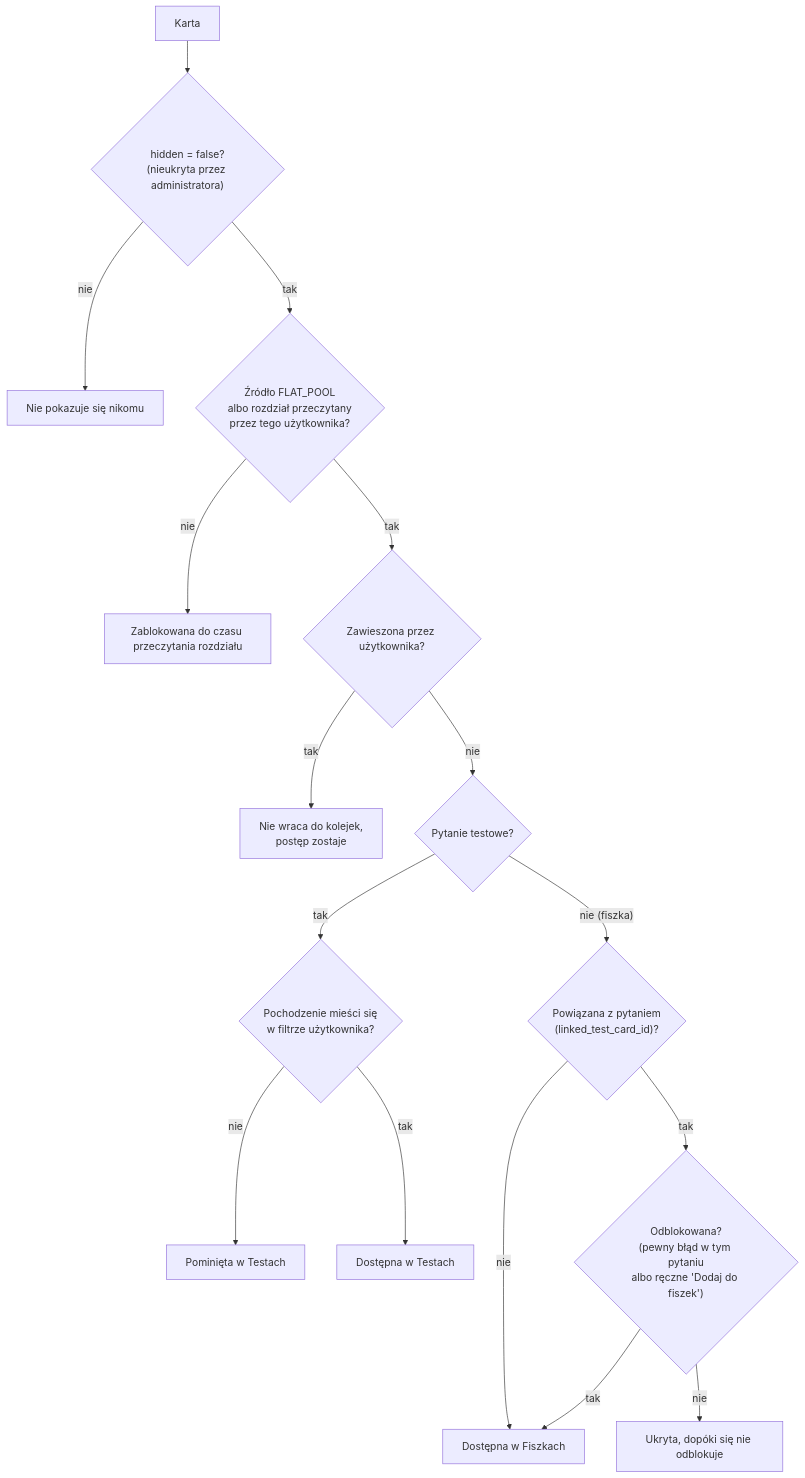
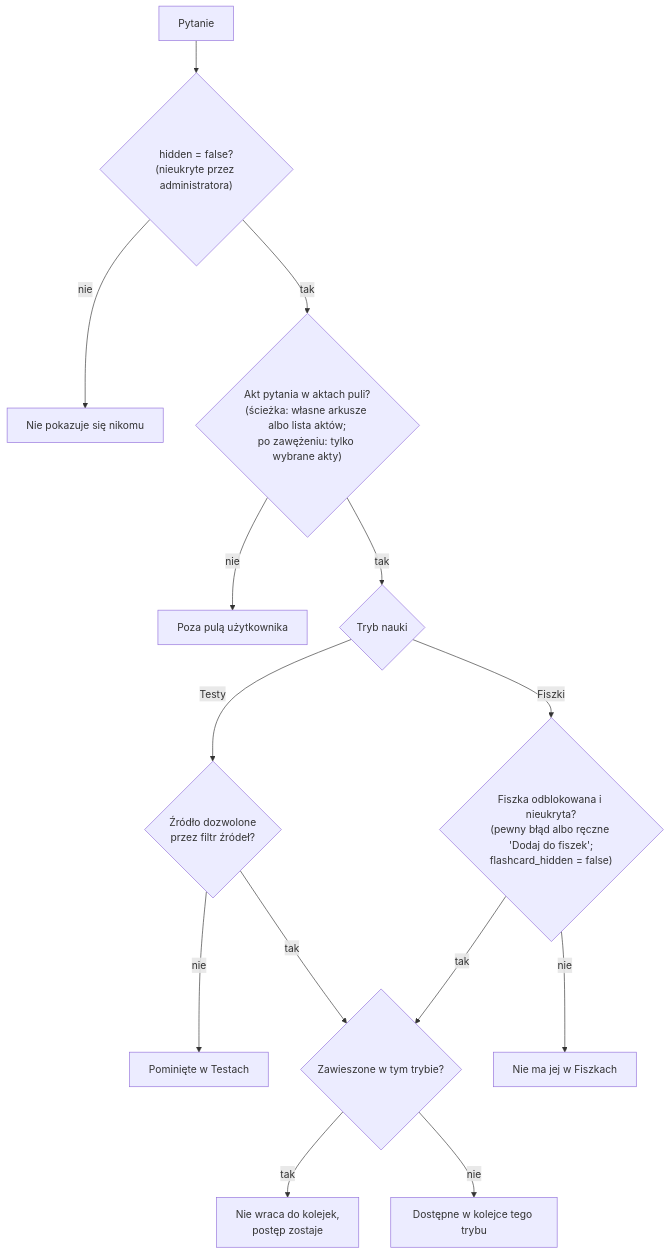
Before and after one commit to YellowHand/tutlaw-backend: the first of 3 diagrams in docs/04-nauka-testy-fiszki-fsrs.md, drawn with Mermaid. The commit also changed other lines of this file and 294 other files, not shown here.

````diff
--- a/docs/04-nauka-testy-fiszki-fsrs.md
+++ b/docs/04-nauka-testy-fiszki-fsrs.md
@@ -46,18 +65,16 @@
 ```mermaid
 flowchart TD
-    A["Karta"] --> B{"hidden = false?<br/>(nieukryta przez administratora)"}
-    B -- "nie" --> X["Nie pokazuje się nikomu"]
-    B -- "tak" --> C{"Źródło FLAT_POOL<br/>albo rozdział przeczytany<br/>przez tego użytkownika?"}
-    C -- "nie" --> Y["Zablokowana do czasu przeczytania rozdziału"]
-    C -- "tak" --> D{"Zawieszona przez użytkownika?"}
-    D -- "tak" --> Z["Nie wraca do kolejek,<br/>postęp zostaje"]
-    D -- "nie" --> E{"Pytanie testowe?"}
-    E -- "tak" --> F{"Pochodzenie mieści się<br/>w filtrze użytkownika?"}
-    F -- "nie" --> W["Pominięta w Testach"]
-    F -- "tak" --> OK["Dostępna w Testach"]
-    E -- "nie (fiszka)" --> G{"Powiązana z pytaniem<br/>(linked_test_card_id)?"}
-    G -- "nie" --> OK2["Dostępna w Fiszkach"]
-    G -- "tak" --> H{"Odblokowana?<br/>(pewny błąd w tym pytaniu<br/>albo ręczne 'Dodaj do fiszek')"}
-    H -- "tak" --> OK2
-    H -- "nie" --> V["Ukryta, dopóki się nie odblokuje"]
+    Q["Pytanie"] --> H{"hidden = false?<br/>(nieukryte przez administratora)"}
+    H -- "nie" --> X["Nie pokazuje się nikomu"]
+    H -- "tak" --> A{"Akt pytania w aktach puli?<br/>(ścieżka: własne arkusze albo lista aktów;<br/>po zawężeniu: tylko wybrane akty)"}
+    A -- "nie" --> Y["Poza pulą użytkownika"]
+    A -- "tak" --> M{"Tryb nauki"}
+    M -- "Testy" --> F{"Źródło dozwolone<br/>przez filtr źródeł?"}
+    F -- "nie" --> W["Pominięte w Testach"]
+    F -- "tak" --> S{"Zawieszone w tym trybie?"}
+    M -- "Fiszki" --> U{"Fiszka odblokowana i nieukryta?<br/>(pewny błąd albo ręczne 'Dodaj do fiszek';<br/>flashcard_hidden = false)"}
+    U -- "nie" --> V["Nie ma jej w Fiszkach"]
+    U -- "tak" --> S
+    S -- "tak" --> Z["Nie wraca do kolejek,<br/>postęp zostaje"]
+    S -- "nie" --> OK["Dostępne w kolejce tego trybu"]
 ```
````
